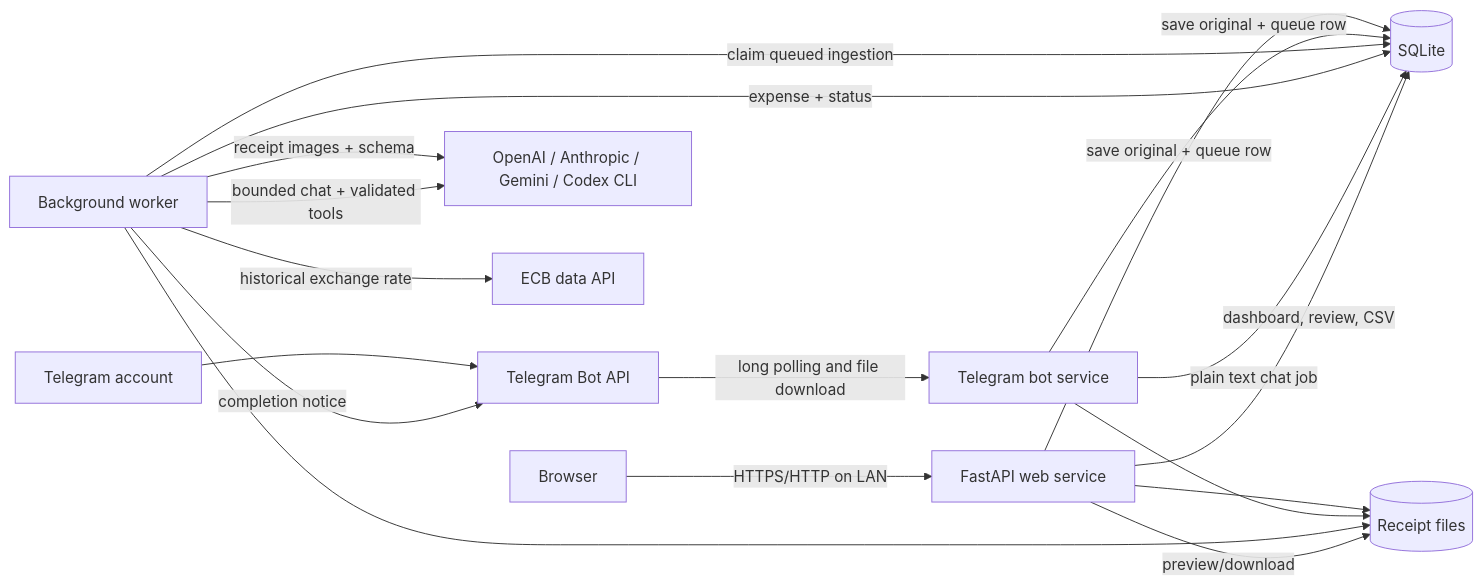
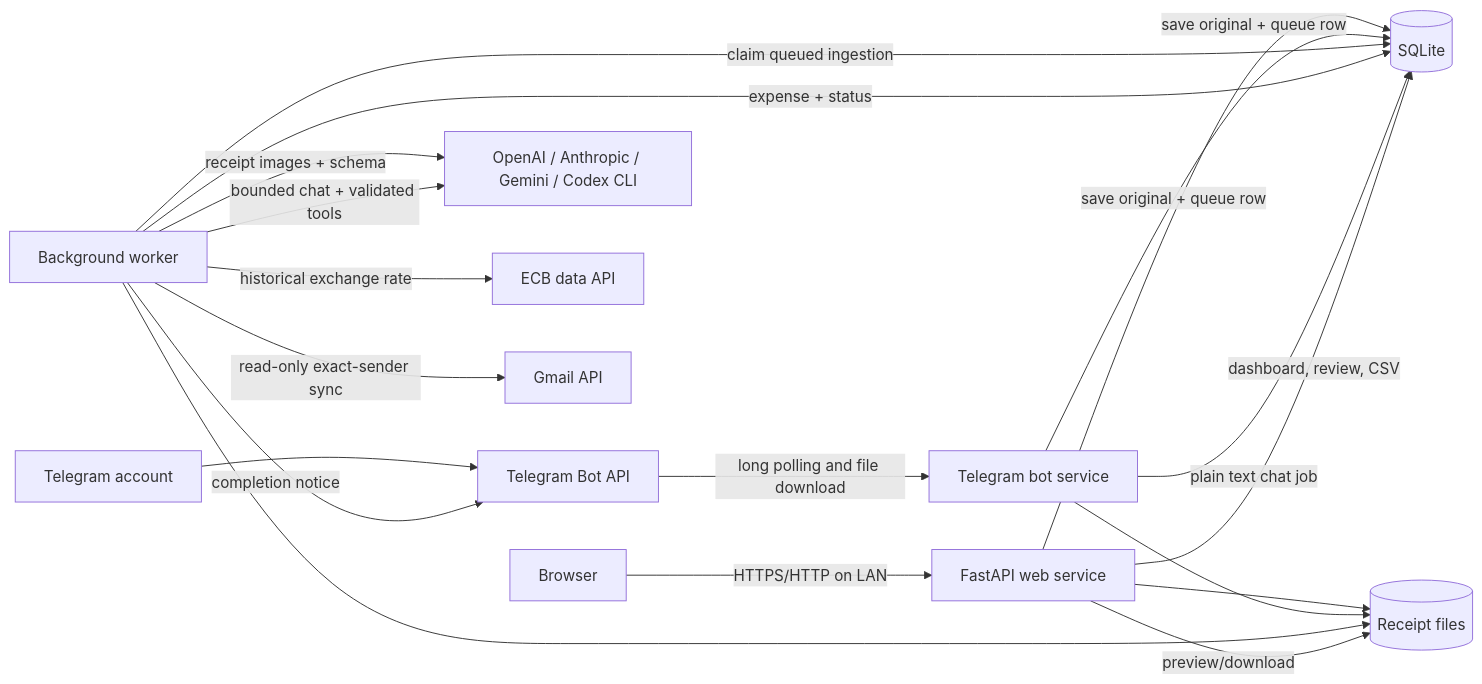
One commit to Flecart/spendloom changed the diagram in docs/architecture.md. Above: the diagram before and after it, drawn with Mermaid. The commit also changed other lines of this file and 4 other files, not shown here.

````diff
--- a/docs/architecture.md
+++ b/docs/architecture.md
@@ -7,23 +7,24 @@
 ```mermaid
 flowchart LR
     User[Browser] -->|HTTPS/HTTP on LAN| Web[FastAPI web service]
     TGUser[Telegram account] --> TG[Telegram Bot API]
     TG -->|long polling and file download| Bot[Telegram bot service]
 
     Web -->|save original + queue row| DB[(SQLite)]
     Web --> Files[(Receipt files)]
     Bot -->|save original + queue row| DB
     Bot --> Files
 
     Worker[Background worker] -->|claim queued ingestion| DB
     Worker --> Files
     Worker -->|receipt images + schema| AI[OpenAI / Anthropic / Gemini / Codex CLI]
     Worker -->|historical exchange rate| ECB[ECB data API]
+    Worker -->|read-only exact-sender sync| Gmail[Gmail API]
     Worker -->|expense + status| DB
     Bot -->|plain text chat job| DB
     Worker -->|bounded chat + validated tools| AI
 
     Web -->|dashboard, review, CSV| DB
     Web -->|preview/download| Files
     Worker -->|completion notice| TG
 ```
````
